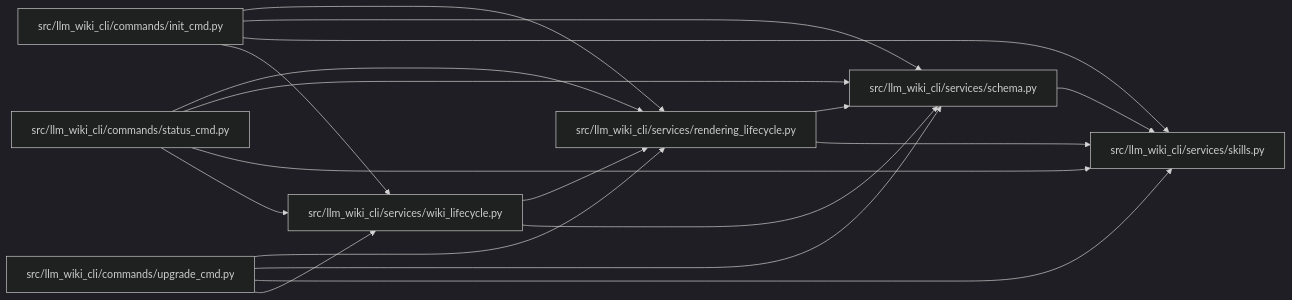
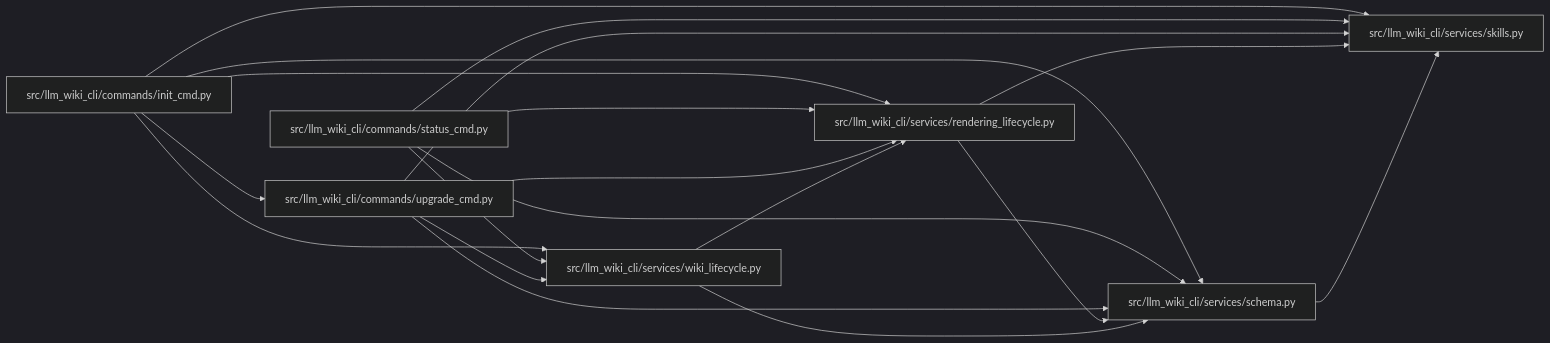
Before and after one commit to Denissvgn/python-wiki-llm: the diagram in docs/llm_wiki/modules/rendering_lifecycle.md, drawn with Mermaid (dark theme). The commit also changed 416 other files, not shown here.

````diff
--- a/docs/llm_wiki/modules/rendering_lifecycle.md
+++ b/docs/llm_wiki/modules/rendering_lifecycle.md
@@ -26,34 +26,35 @@
 ```mermaid
 flowchart LR
     n0["src/llm_wiki_cli/commands/init_cmd.py"]
     n1["src/llm_wiki_cli/commands/status_cmd.py"]
     n2["src/llm_wiki_cli/commands/upgrade_cmd.py"]
     n3["src/llm_wiki_cli/services/rendering_lifecycle.py"]
     n4["src/llm_wiki_cli/services/schema.py"]
     n5["src/llm_wiki_cli/services/skills.py"]
     n6["src/llm_wiki_cli/services/wiki_lifecycle.py"]
+    n0 --> n2
     n0 --> n3
     n0 --> n4
     n0 --> n5
     n0 --> n6
     n1 --> n3
     n1 --> n4
     n1 --> n5
     n1 --> n6
     n2 --> n3
     n2 --> n4
     n2 --> n5
     n2 --> n6
     n3 --> n4
     n3 --> n5
     n4 --> n5
     n6 --> n3
     n6 --> n4
     click n0 "../modules/init_cmd.md"
     click n1 "../modules/status_cmd.md"
     click n2 "../modules/upgrade_cmd.md"
     click n3 "../modules/rendering_lifecycle.md"
     click n4 "../modules/services_schema.md"
     click n5 "../modules/skills.md"
     click n6 "../modules/wiki_lifecycle.md"
 ```
````
